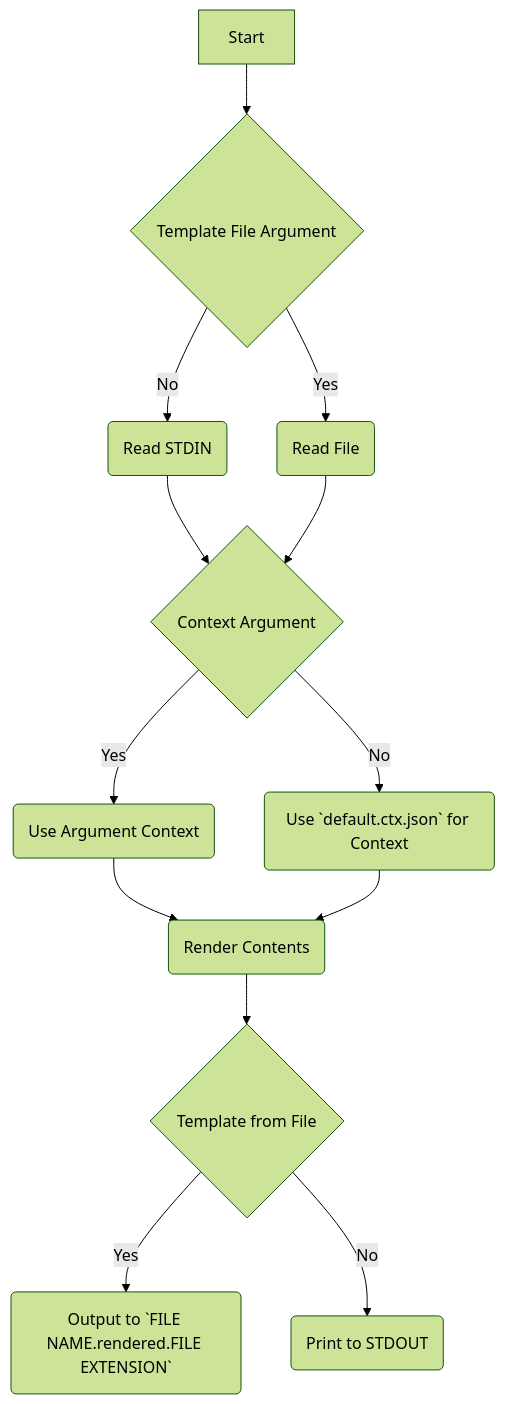
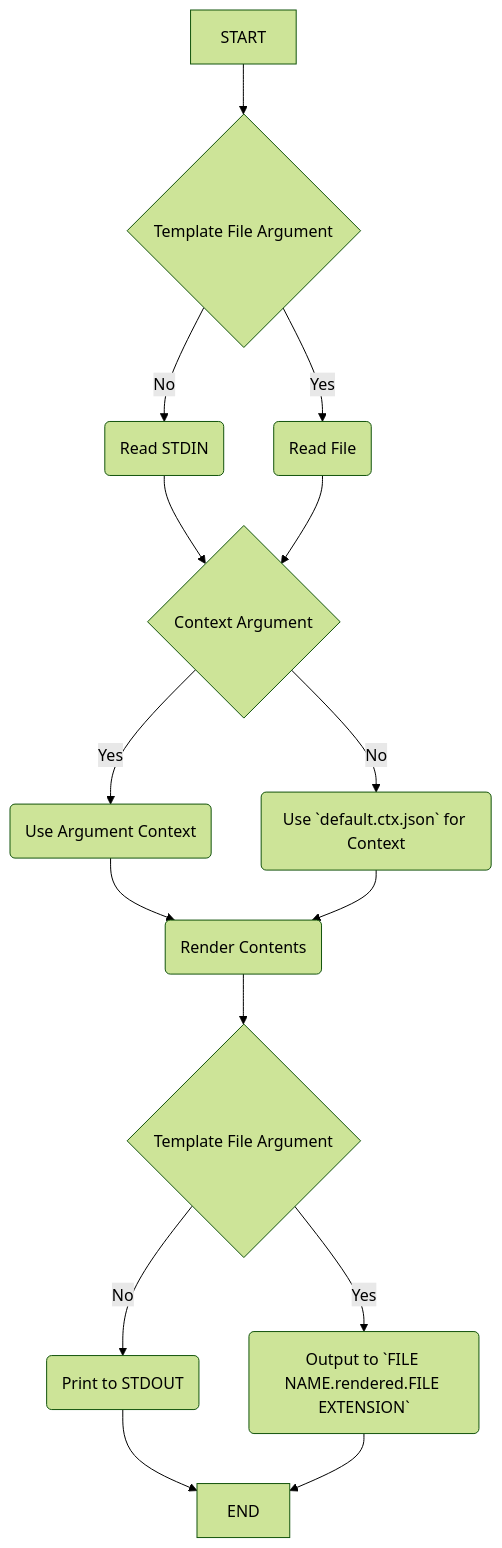
Before and after one commit to DK26/rendit: the diagram in rfcs/00-cli.md, drawn with Mermaid (forest theme).

Commit message:
Updated CLI Flowchart

````diff
--- a/rfcs/00-cli.md
+++ b/rfcs/00-cli.md
@@ -11,19 +11,22 @@
 ```mermaid
 graph TD;
-    Z[Start]-->A;
+    Z[START]-->A;
     A{Template File Argument};
     A--> |Yes| B(Read File);
     A--> |No| F(Read STDIN);
     F-->C;
     B-->C;
     C{Context Argument};
     C--> |Yes| E(Use Argument Context);
     C--> |No| D(Use `default.ctx.json` for Context);
     E-->G;
     D-->G;
     G(Render Contents);
     G-->H;
-    H{Template from File};
+    H{Template File Argument};
     H-->|Yes|J(Output to `FILE NAME.rendered.FILE EXTENSION`);
     H-->|No|K(Print to STDOUT);
+    K-->X;
+    J-->X;
+    X[END]
 ```  
````
